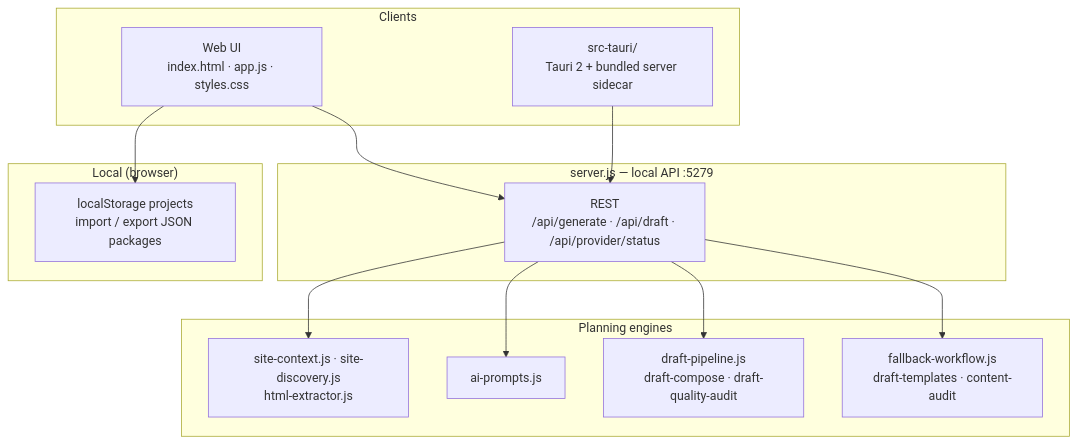
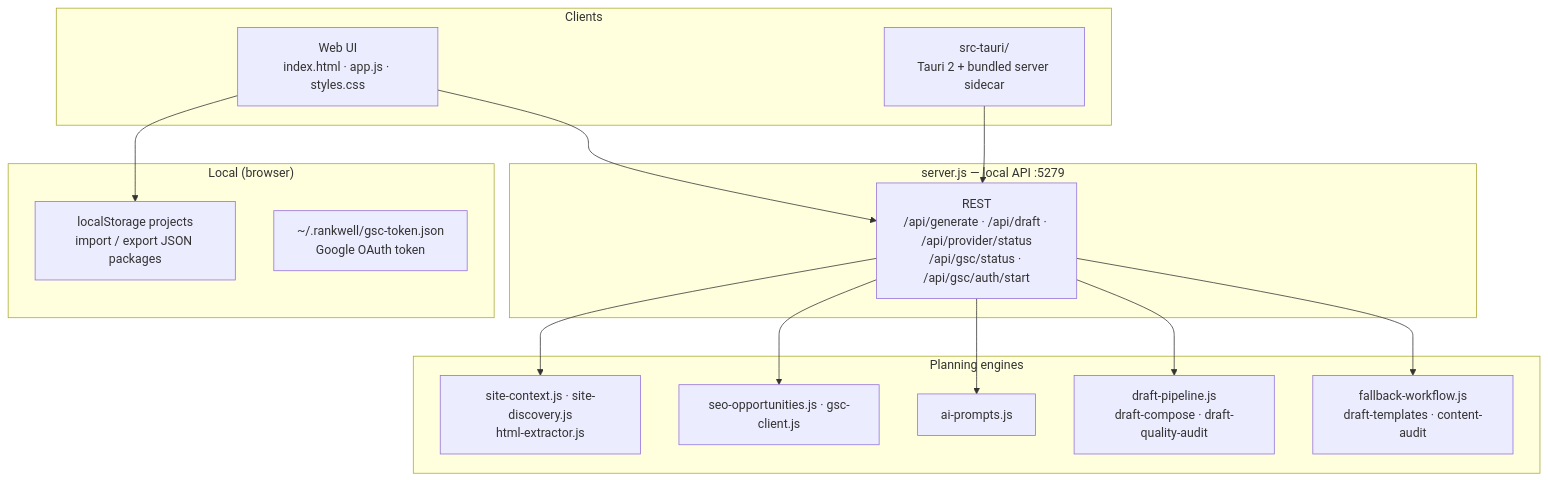
Before and after one commit to ingeniousfrog/Rankwell: the second of 2 diagrams in README.md, drawn with Mermaid. The commit also changed other lines of this file and 45 other files, not shown here.

First line of the commit message:
Add GSC-driven SEO opportunity planning and release v0.2.0.

````diff
--- a/README.md
+++ b/README.md
@@ -68,30 +76,33 @@
 ```mermaid
 flowchart TB
   subgraph Clients["Clients"]
     Web["Web UI\nindex.html · app.js · styles.css"]
     Desktop["src-tauri/\nTauri 2 + bundled server sidecar"]
   end
 
   subgraph Server["server.js — local API :5279"]
-    API["REST\n/api/generate · /api/draft · /api/provider/status"]
+    API["REST\n/api/generate · /api/draft · /api/provider/status\n/api/gsc/status · /api/gsc/auth/start"]
   end
 
   subgraph Engines["Planning engines"]
     Crawl["site-context.js · site-discovery.js\nhtml-extractor.js"]
+    Opportunity["seo-opportunities.js · gsc-client.js"]
     Prompts["ai-prompts.js"]
     Pipeline["draft-pipeline.js\ndraft-compose · draft-quality-audit"]
     Rules["fallback-workflow.js\ndraft-templates · content-audit"]
   end
 
   subgraph Storage["Local (browser)"]
     Projects["localStorage projects\nimport / export JSON packages"]
+    GscTokens["~/.rankwell/gsc-token.json\nGoogle OAuth token"]
   end
 
   Web --> API
   Desktop --> API
   API --> Crawl
+  API --> Opportunity
   API --> Prompts
   API --> Pipeline
   API --> Rules
   Web --> Projects
 ```
````
